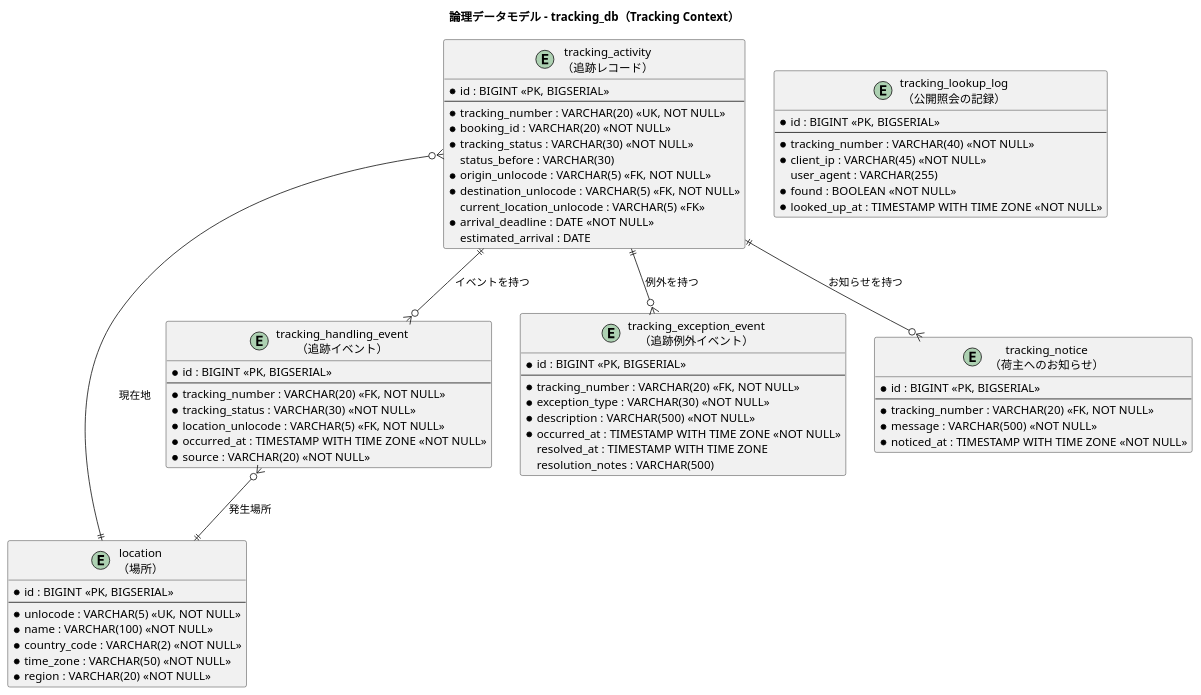
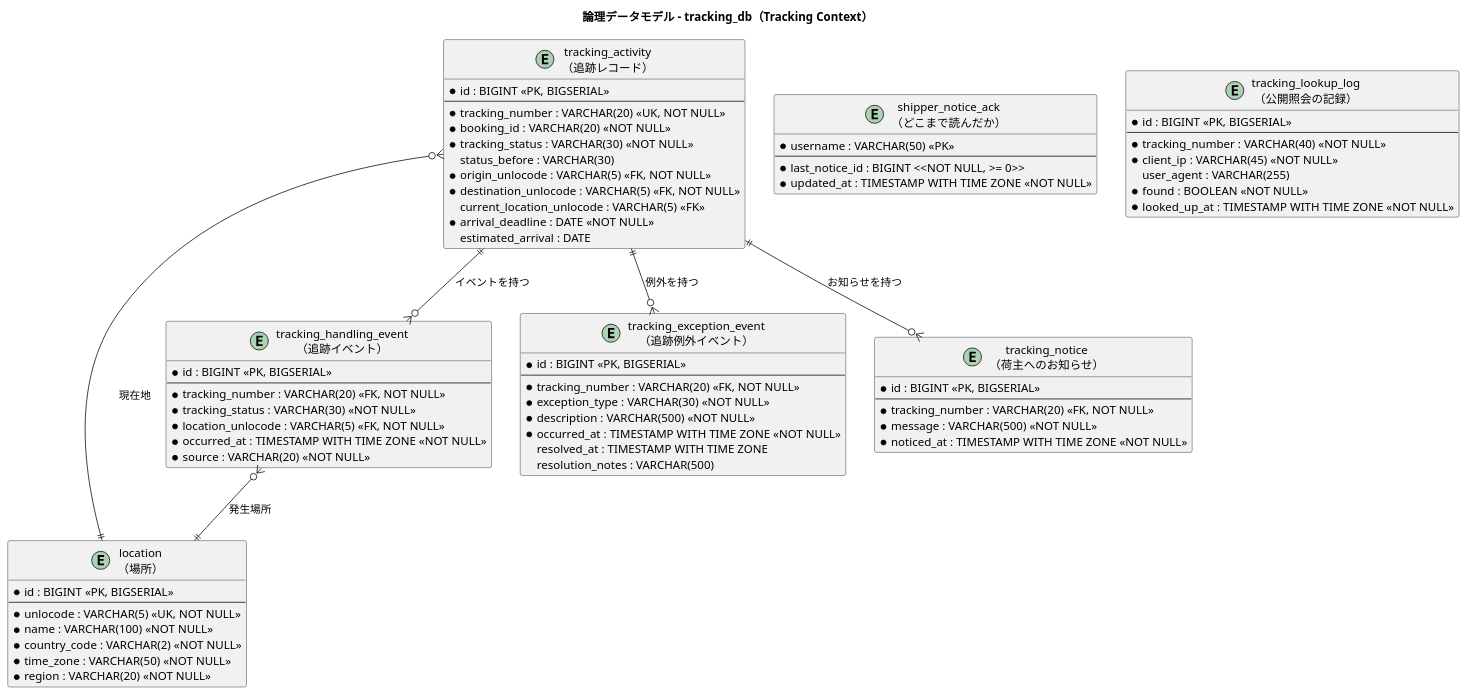
Before and after one commit to k2works/case-study-cargo-tracker: the fifth of 7 diagrams in docs/design/data-model.md, drawn with PlantUML. The commit also changed other lines of this file and 47 other files, not shown here.

````diff
--- a/docs/design/data-model.md
+++ b/docs/design/data-model.md
@@ -616,75 +616,82 @@
 ```plantuml
 @startuml
 title 論理データモデル - tracking_db（Tracking Context）
 
 entity "location\n（場所）" as location {
   * id : BIGINT <<PK, BIGSERIAL>>
   --
   * unlocode : VARCHAR(5) <<UK, NOT NULL>>
   * name : VARCHAR(100) <<NOT NULL>>
   * country_code : VARCHAR(2) <<NOT NULL>>
   * time_zone : VARCHAR(50) <<NOT NULL>>
   * region : VARCHAR(20) <<NOT NULL>>
 }
 
 entity "tracking_activity\n（追跡レコード）" as tracking_activity {
   * id : BIGINT <<PK, BIGSERIAL>>
   --
   * tracking_number : VARCHAR(20) <<UK, NOT NULL>>
   * booking_id : VARCHAR(20) <<NOT NULL>>
   * tracking_status : VARCHAR(30) <<NOT NULL>>
   status_before : VARCHAR(30)
   * origin_unlocode : VARCHAR(5) <<FK, NOT NULL>>
   * destination_unlocode : VARCHAR(5) <<FK, NOT NULL>>
   current_location_unlocode : VARCHAR(5) <<FK>>
   * arrival_deadline : DATE <<NOT NULL>>
   estimated_arrival : DATE
 }
 
 entity "tracking_handling_event\n（追跡イベント）" as tracking_handling_event {
   * id : BIGINT <<PK, BIGSERIAL>>
   --
   * tracking_number : VARCHAR(20) <<FK, NOT NULL>>
   * tracking_status : VARCHAR(30) <<NOT NULL>>
   * location_unlocode : VARCHAR(5) <<FK, NOT NULL>>
   * occurred_at : TIMESTAMP WITH TIME ZONE <<NOT NULL>>
   * source : VARCHAR(20) <<NOT NULL>>
 }
 
 entity "tracking_exception_event\n（追跡例外イベント）" as tracking_exception_event {
   * id : BIGINT <<PK, BIGSERIAL>>
   --
   * tracking_number : VARCHAR(20) <<FK, NOT NULL>>
   * exception_type : VARCHAR(30) <<NOT NULL>>
   * description : VARCHAR(500) <<NOT NULL>>
   * occurred_at : TIMESTAMP WITH TIME ZONE <<NOT NULL>>
   resolved_at : TIMESTAMP WITH TIME ZONE
   resolution_notes : VARCHAR(500)
 }
 
 entity "tracking_notice\n（荷主へのお知らせ）" as tracking_notice {
   * id : BIGINT <<PK, BIGSERIAL>>
   --
   * tracking_number : VARCHAR(20) <<FK, NOT NULL>>
   * message : VARCHAR(500) <<NOT NULL>>
   * noticed_at : TIMESTAMP WITH TIME ZONE <<NOT NULL>>
 }
 
+entity "shipper_notice_ack\n（どこまで読んだか）" as shipper_notice_ack {
+  * username : VARCHAR(50) <<PK>>
+  --
+  * last_notice_id : BIGINT <<NOT NULL, >= 0>>
+  * updated_at : TIMESTAMP WITH TIME ZONE <<NOT NULL>>
+}
+
 entity "tracking_lookup_log\n（公開照会の記録）" as tracking_lookup_log {
   * id : BIGINT <<PK, BIGSERIAL>>
   --
   * tracking_number : VARCHAR(40) <<NOT NULL>>
   * client_ip : VARCHAR(45) <<NOT NULL>>
   user_agent : VARCHAR(255)
   * found : BOOLEAN <<NOT NULL>>
   * looked_up_at : TIMESTAMP WITH TIME ZONE <<NOT NULL>>
 }
 
 tracking_activity ||--o{ tracking_handling_event : "イベントを持つ"
 tracking_activity ||--o{ tracking_exception_event : "例外を持つ"
 tracking_activity ||--o{ tracking_notice : "お知らせを持つ"
 tracking_handling_event }o--|| location : "発生場所"
 tracking_activity }o--|| location : "現在地"
 
 @enduml
 ```
````
